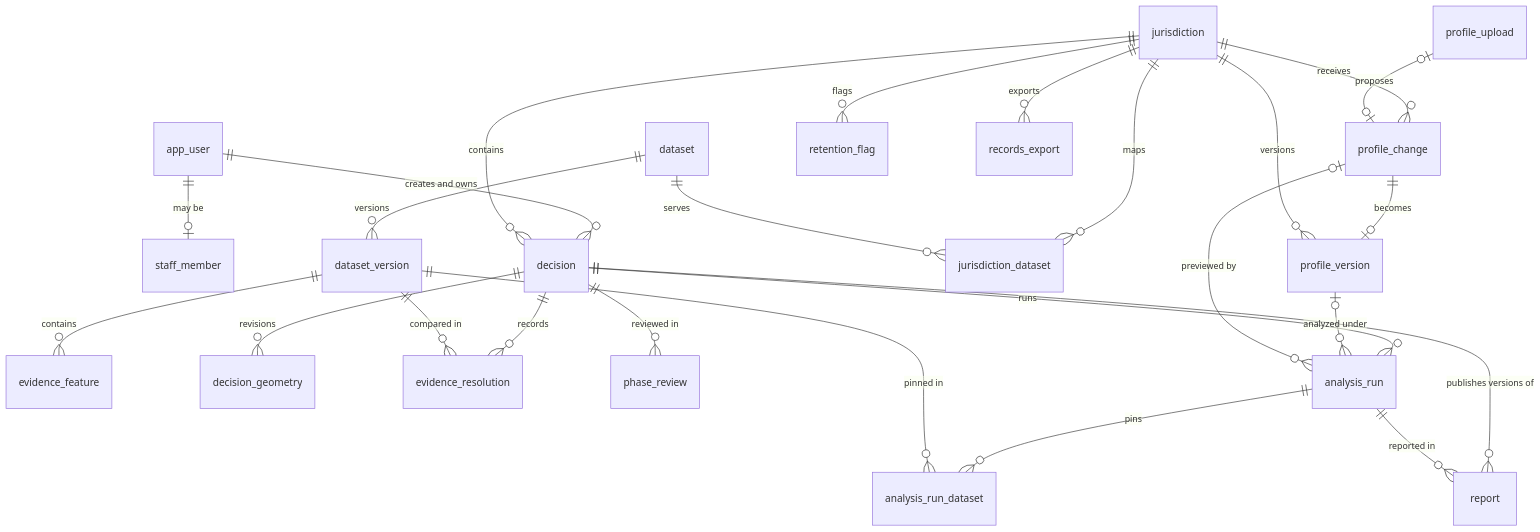
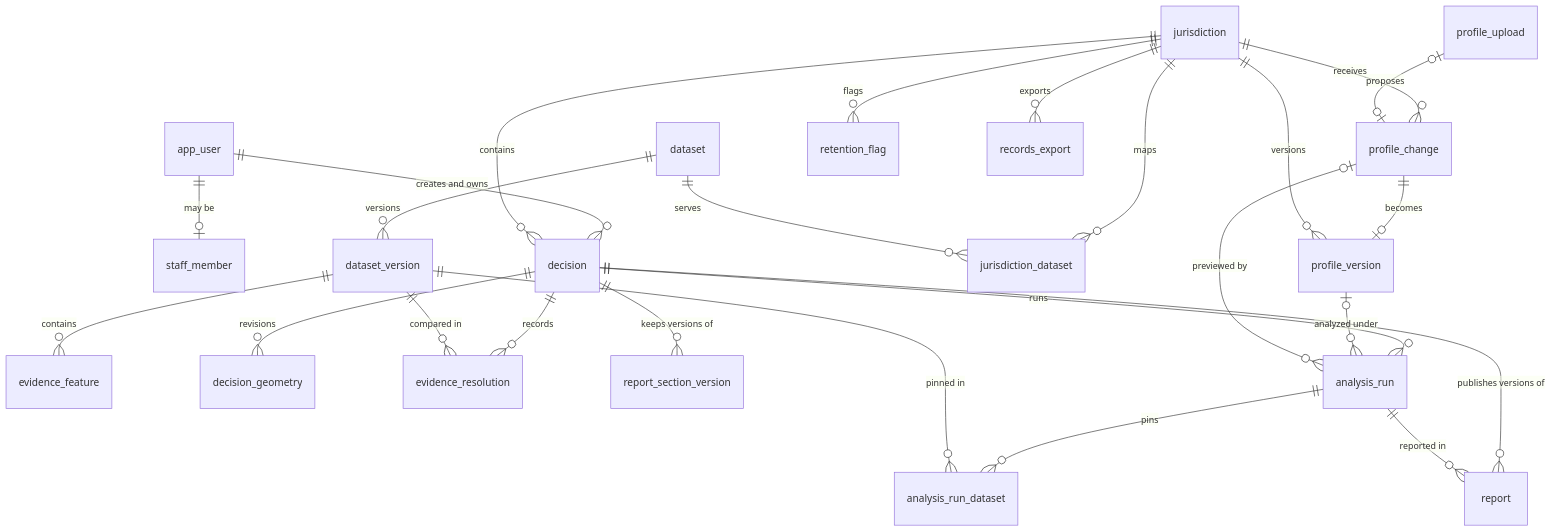
Before and after one commit to Aru27-byte/UPlan: the diagram in TechDesign/data-model.md, drawn with Mermaid. The commit also changed other lines of this file and 159 other files, not shown here.

````diff
--- a/TechDesign/data-model.md
+++ b/TechDesign/data-model.md
@@ -22,27 +22,27 @@
 ```mermaid
 erDiagram
   app_user ||--o| staff_member : "may be"
   app_user ||--o{ decision : "creates and owns"
   jurisdiction ||--o{ profile_change : "receives"
   profile_upload |o--o| profile_change : "proposes"
   profile_change ||--o| profile_version : "becomes"
   jurisdiction ||--o{ profile_version : "versions"
   jurisdiction ||--o{ jurisdiction_dataset : "maps"
   dataset ||--o{ jurisdiction_dataset : "serves"
   dataset ||--o{ dataset_version : "versions"
   dataset_version ||--o{ evidence_feature : "contains"
   jurisdiction ||--o{ decision : "contains"
   decision ||--o{ decision_geometry : "revisions"
   decision ||--o{ evidence_resolution : "records"
-  decision ||--o{ phase_review : "reviewed in"
+  decision ||--o{ report_section_version : "keeps versions of"
   dataset_version ||--o{ evidence_resolution : "compared in"
   decision ||--o{ analysis_run : "runs"
   profile_version |o--o{ analysis_run : "analyzed under"
   profile_change |o--o{ analysis_run : "previewed by"
   analysis_run ||--o{ analysis_run_dataset : "pins"
   dataset_version ||--o{ analysis_run_dataset : "pinned in"
   decision ||--o{ report : "publishes versions of"
   analysis_run ||--o{ report : "reported in"
   jurisdiction ||--o{ retention_flag : "flags"
   jurisdiction ||--o{ records_export : "exports"
 ```
````
